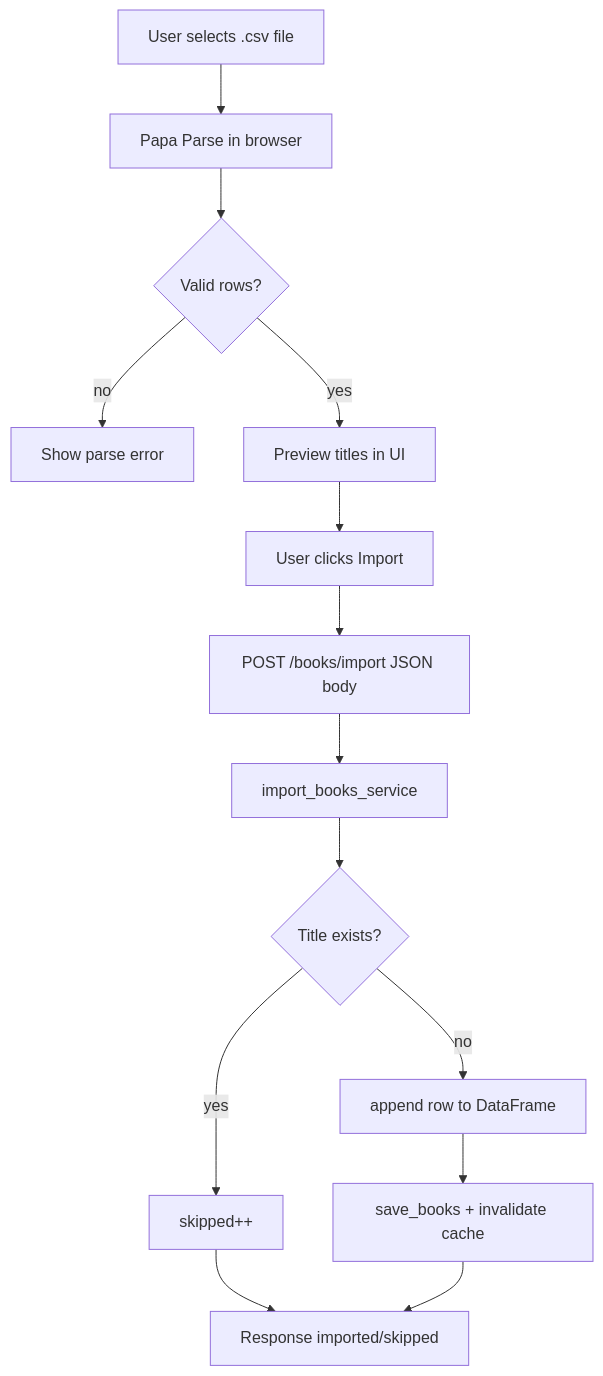
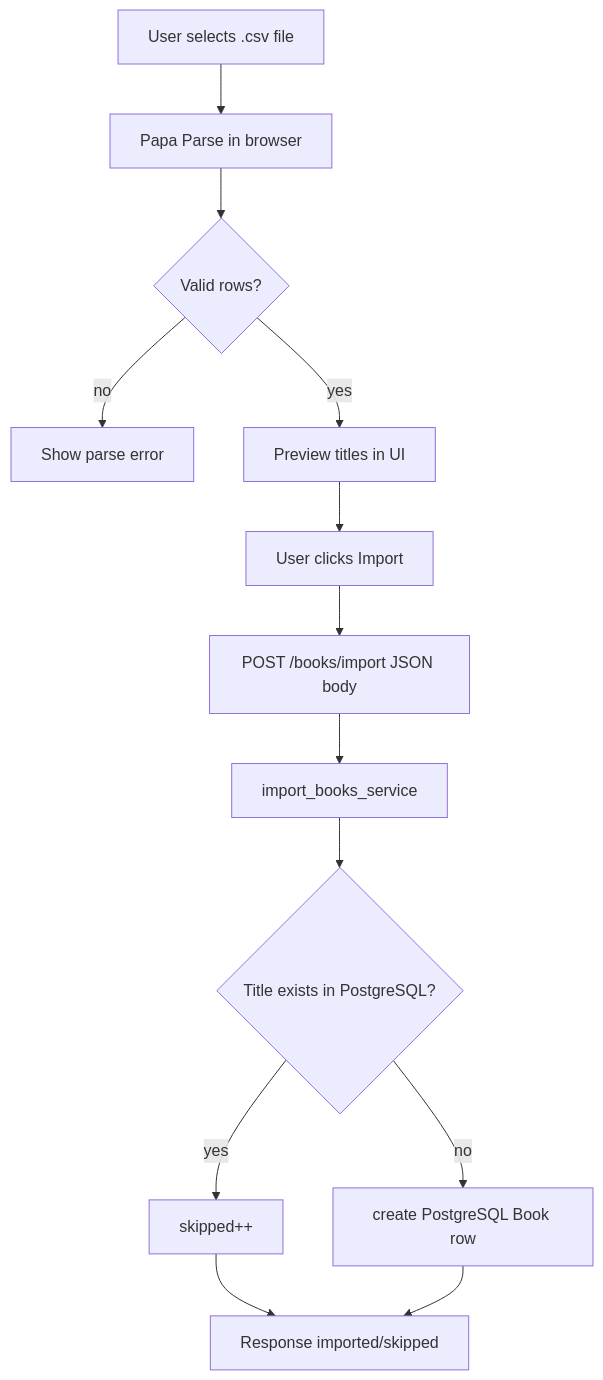
The first of 2 diagrams in docs/engineering/import-export.md (tranguyeenn/shelftxt), drawn with Mermaid before and after one commit. The commit also changed other lines of this file and 2 other files, not shown here.

Commit message:
docs: finalize PostgreSQL migration documentation

````diff
--- a/docs/engineering/import-export.md
+++ b/docs/engineering/import-export.md
@@ -20,16 +20,15 @@
 ```mermaid
 flowchart TD
   A[User selects .csv file] --> B[Papa Parse in browser]
   B --> C{Valid rows?}
   C -->|no| D[Show parse error]
   C -->|yes| E[Preview titles in UI]
   E --> F[User clicks Import]
   F --> G[POST /books/import JSON body]
   G --> H[import_books_service]
-  H --> I{Title exists?}
+  H --> I{Title exists in PostgreSQL?}
   I -->|yes| J[skipped++]
-  I -->|no| K[append row to DataFrame]
-  K --> L[save_books + invalidate cache]
+  I -->|no| K[create PostgreSQL Book row]
   J --> M[Response imported/skipped]
-  L --> M
+  K --> M
 ```
````
